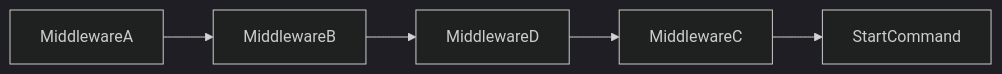
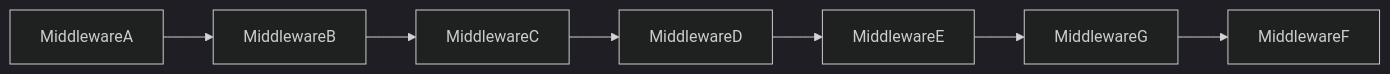
The second of 2 diagrams in docs/usage/middleware.md (nutgram/docs), drawn with Mermaid (dark theme) before and after one commit. The commit also changed other lines of this file, not shown here.

````diff
--- a/docs/usage/middleware.md
+++ b/docs/usage/middleware.md
@@ -270,7 +321,9 @@
 ```mermaid
 graph LR
     MiddlewareA-->MiddlewareB
-    MiddlewareB-->MiddlewareD
-    MiddlewareD-->MiddlewareC
-    MiddlewareC-->StartCommand
+    MiddlewareB-->MiddlewareC
+    MiddlewareC-->MiddlewareD
+    MiddlewareD-->MiddlewareE
+    MiddlewareE-->MiddlewareG
+    MiddlewareG-->MiddlewareF
 ```
````
